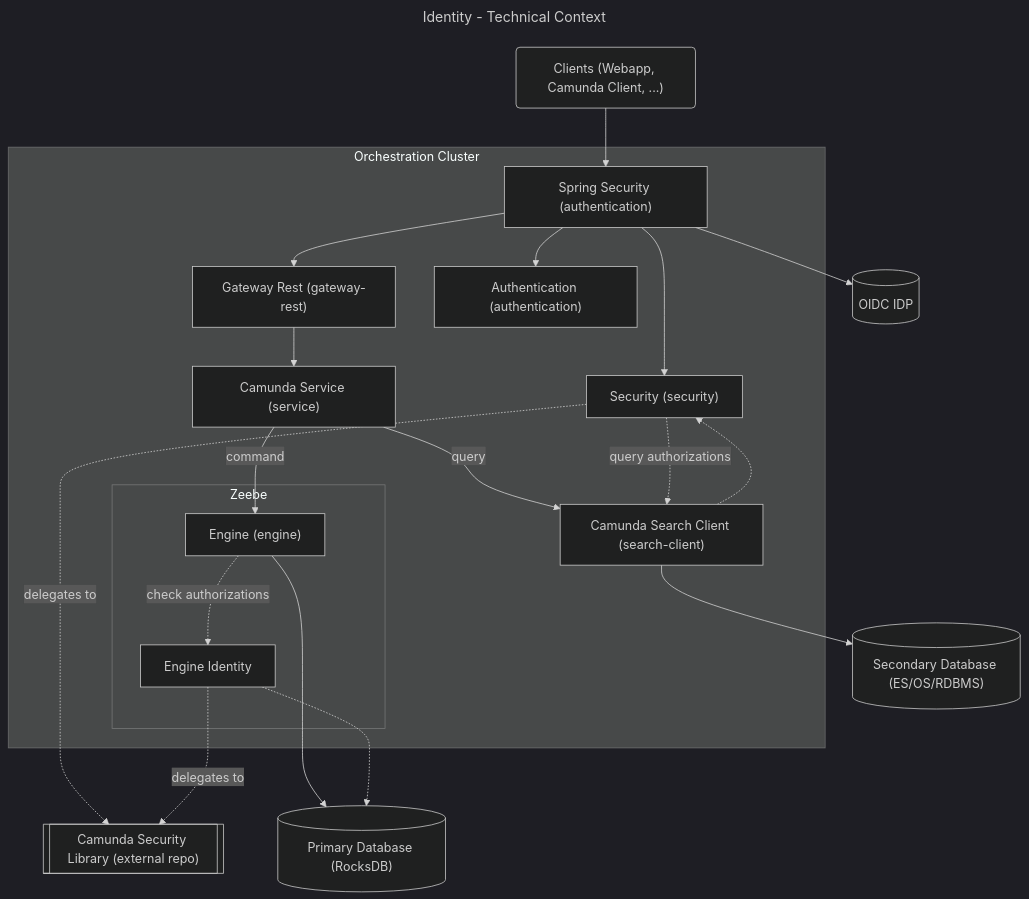
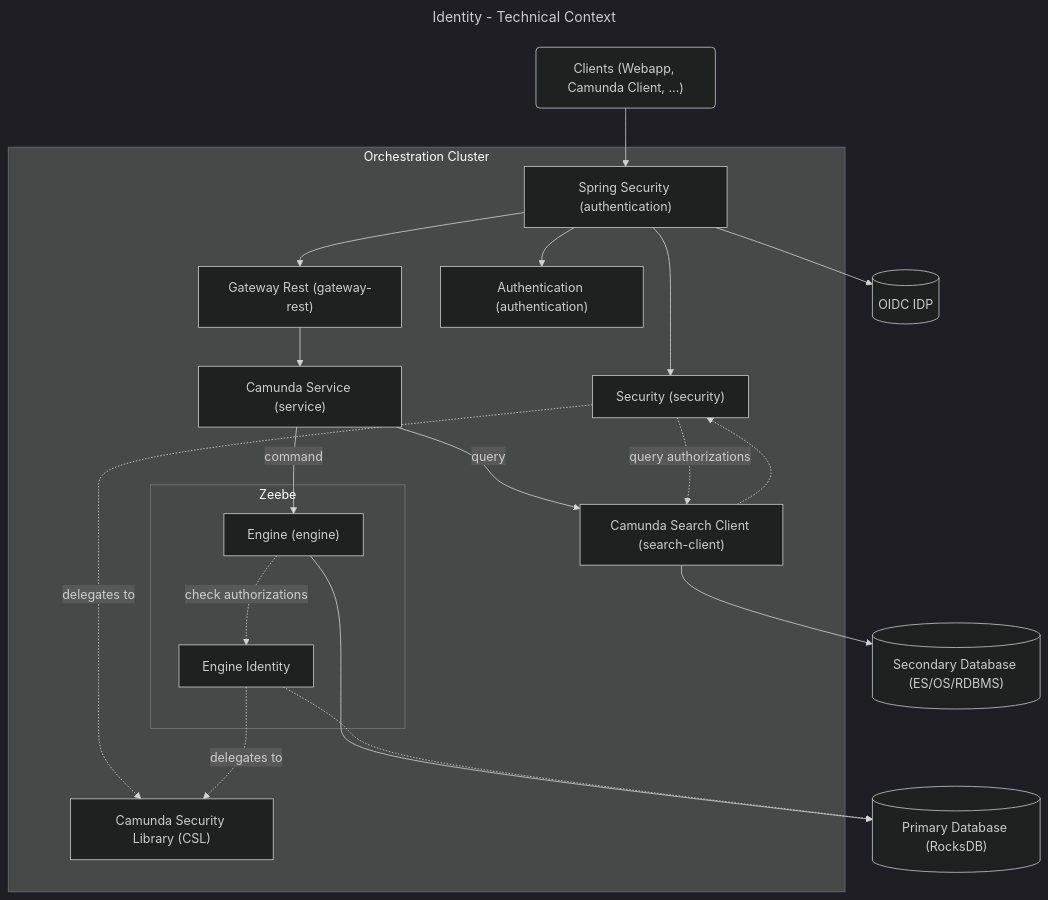
The third of 17 diagrams in identity/docs/architecture.md (camunda/camunda), drawn with Mermaid (dark theme) before and after one commit. The commit also changed other lines of this file and 3 other files, not shown here.

````diff
--- a/identity/docs/architecture.md
+++ b/identity/docs/architecture.md
@@ -193,37 +193,37 @@
 ```mermaid
 ---
 title: Identity - Technical Context
 ---
 flowchart TB
   CLIENTS("Clients (Webapp, Camunda Client, ...)")
   IDP[("OIDC IDP")]
   PRIMARY_DB[("Primary Database (RocksDB)")]
   SECONDARY_DB[("Secondary Database (ES/OS/RDBMS)")]
-  CSL[["Camunda Security Library (external repo)"]]
 
   subgraph CLUSTER["Orchestration Cluster"]
     REST["Gateway Rest (gateway-rest)"]
     SPRING_SECURITY["Spring Security (authentication)"]
     CAMUNDA_SERVICES["Camunda Service (service)"]
     CAMUNDA_SEARCH_CLIENT["Camunda Search Client (search-client)"]
     AUTHENTICATION["Authentication (authentication)"]
     SECURITY["Security (security)"]
+    CSL["Camunda Security Library (CSL)"]
 
     subgraph ZEEBE["Zeebe"]
         ENGINE["Engine (engine)"] -.->|"check authorizations"| ENGINE_IDENTITY["Engine Identity"]
     end
 
     SPRING_SECURITY --> AUTHENTICATION
     SPRING_SECURITY --> SECURITY
     REST --> CAMUNDA_SERVICES -->|"query"| CAMUNDA_SEARCH_CLIENT -.-> SECURITY -.->|"query authorizations"| CAMUNDA_SEARCH_CLIENT
     CAMUNDA_SERVICES -->|"command"| ENGINE
   end
 
   CLIENTS --> SPRING_SECURITY --> REST
   CAMUNDA_SEARCH_CLIENT --> SECONDARY_DB
   ENGINE --> PRIMARY_DB
   ENGINE_IDENTITY -.-> PRIMARY_DB
   SPRING_SECURITY --> IDP
   SECURITY -.->|"delegates to"| CSL
   ENGINE_IDENTITY -.->|"delegates to"| CSL
 ```
````
